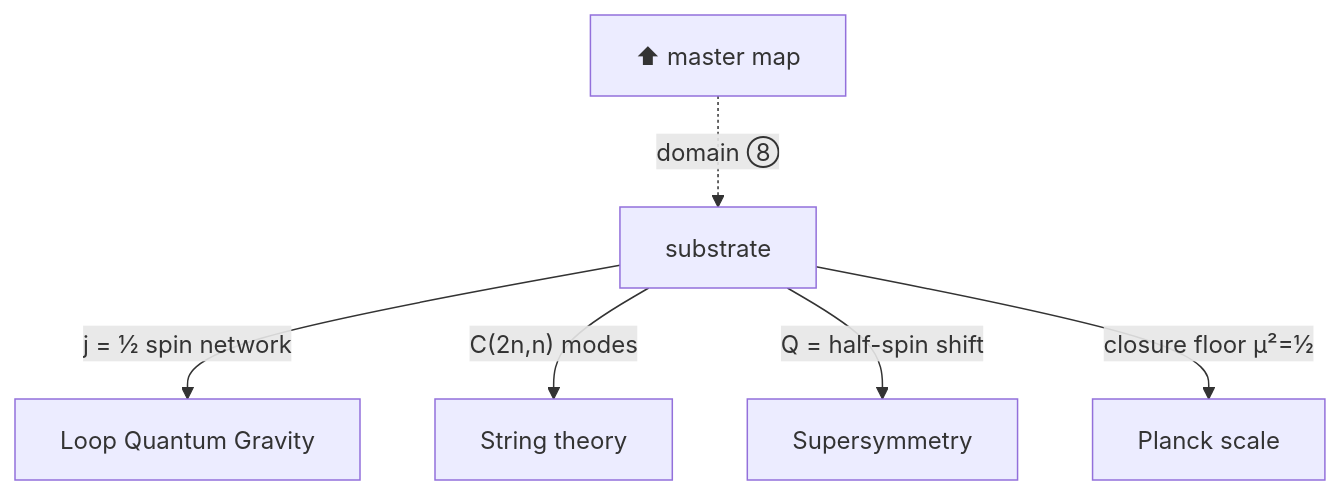
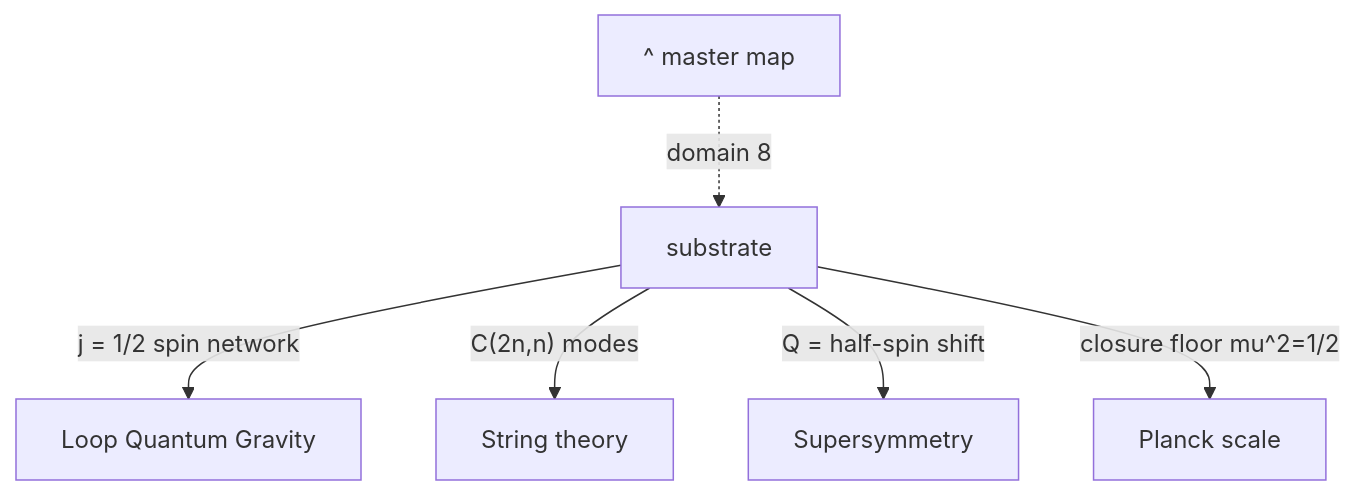
One commit to jimscarver/quantum-logical-framework changed the ninth of 11 diagrams in FlowChart.md. Above: the diagram before and after it, drawn with Mermaid. The commit also changed other lines of this file, not shown here.

First line of the commit message:
FlowChart.md: flatten <br/> and all unicode to ASCII in Mermaid blocks (render robustness)

````diff
--- a/FlowChart.md
+++ b/FlowChart.md
@@ -173,8 +173,8 @@
 ```mermaid
 flowchart TD
-  H8["⬆ master map"] -.->|"domain ⑧"| S["substrate"]
-  S -->|"j = ½ spin network"| LQ["Loop Quantum Gravity"]
+  H8["^ master map"] -.->|"domain 8"| S["substrate"]
+  S -->|"j = 1/2 spin network"| LQ["Loop Quantum Gravity"]
   S -->|"C(2n,n) modes"| ST["String theory"]
   S -->|"Q = half-spin shift"| SU["Supersymmetry"]
-  S -->|"closure floor μ²=½"| PL["Planck scale"]
+  S -->|"closure floor mu^2=1/2"| PL["Planck scale"]
 ```
````
